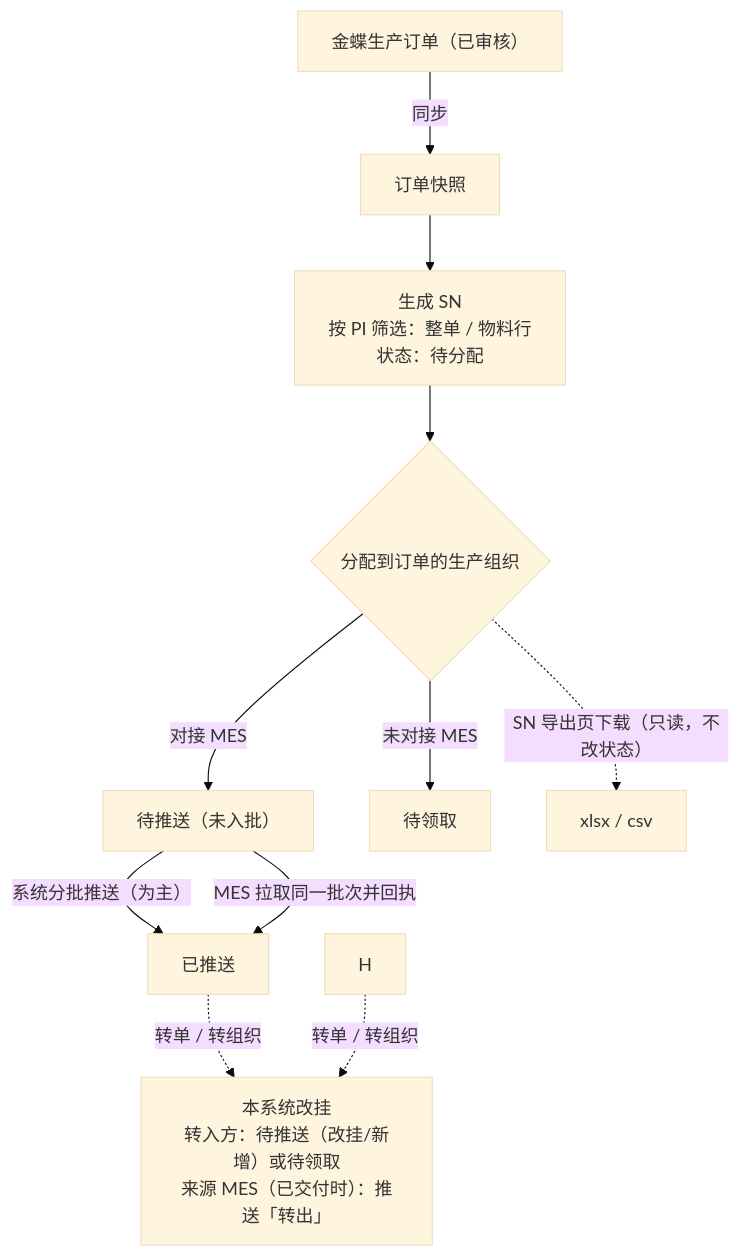
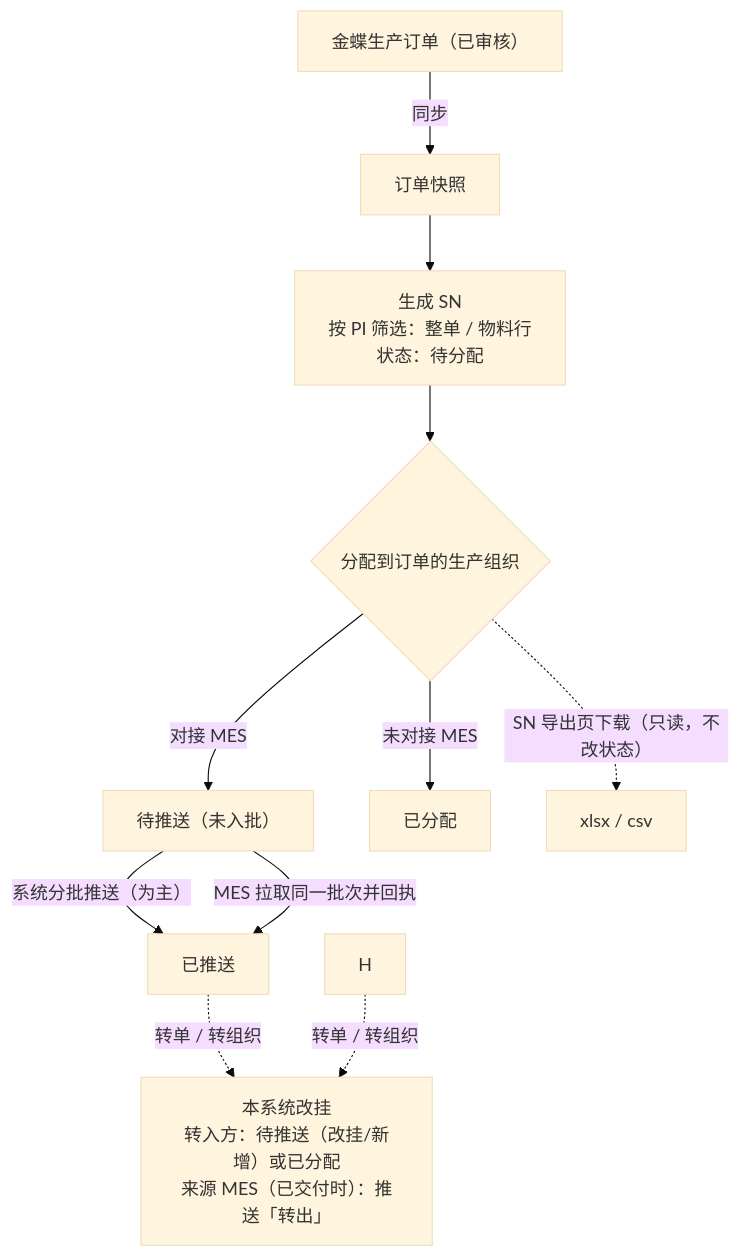
One commit to Createsnow/sn-center changed the diagram in docs/SN 防重管控产品需求文档PRD.md. Above: the diagram before and after it, drawn with Mermaid (base theme). The commit also changed other lines of this file and 34 other files, not shown here.

First line of the commit message:
SN 导出与 SN 分配拆成两套独立机制；「待领取」改为「已分配」

````diff
--- a/docs/SN 防重管控产品需求文档PRD.md
+++ b/docs/SN 防重管控产品需求文档PRD.md
@@ -102,13 +102,13 @@
 ```mermaid
 flowchart TD
   A[金蝶生产订单（已审核）] -->|同步| B[订单快照]
   B --> C["生成 SN<br/>按 PI 筛选：整单 / 物料行<br/>状态：待分配"]
   C --> D{分配到订单的生产组织}
   D -->|对接 MES| E["待推送（未入批）"]
-  D -->|未对接 MES| F[待领取]
+  D -->|未对接 MES| F[已分配]
   E -->|系统分批推送（为主）| G[已推送]
   E -->|MES 拉取同一批次并回执| G
   D -.->|SN 导出页下载（只读，不改状态）| X["xlsx / csv"]
-  G -.->|转单 / 转组织| T["本系统改挂<br/>转入方：待推送（改挂/新增）或待领取<br/>来源 MES（已交付时）：推送「转出」"]
+  G -.->|转单 / 转组织| T["本系统改挂<br/>转入方：待推送（改挂/新增）或已分配<br/>来源 MES（已交付时）：推送「转出」"]
   H -.->|转单 / 转组织| T
 ```
````
